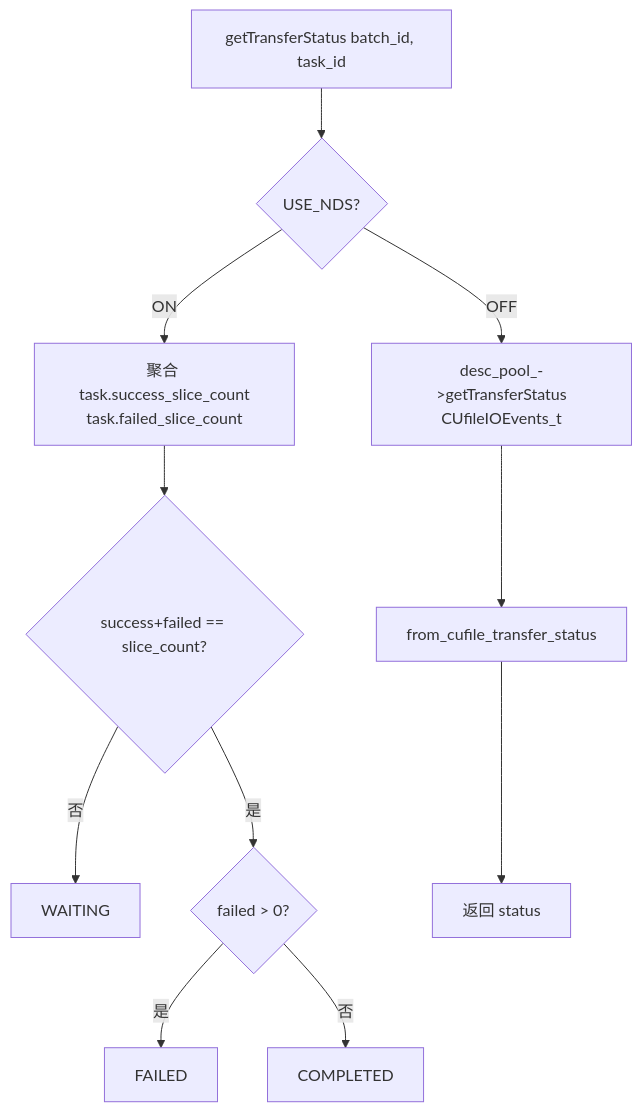
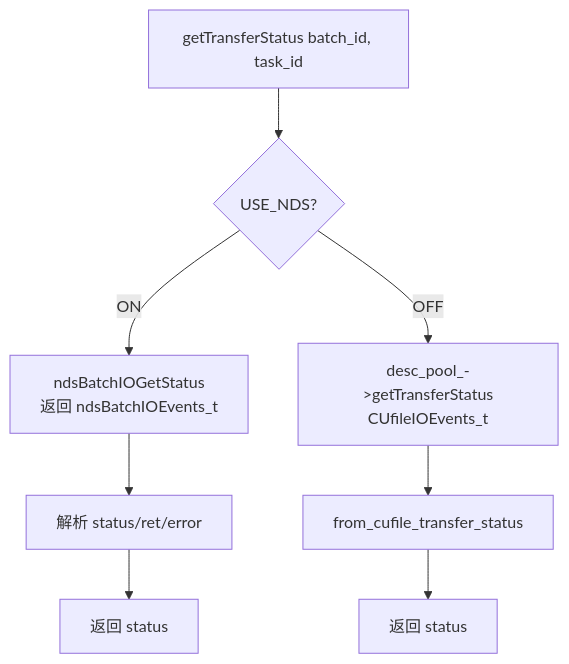
One commit to yz53665/Mooncake changed the seventh of 17 diagrams in docs/rfc-nds-nvmeof-transport-cn.md. Above: the diagram before and after it, drawn with Mermaid. The commit also changed other lines of this file, not shown here.

````diff
--- a/docs/rfc-nds-nvmeof-transport-cn.md
+++ b/docs/rfc-nds-nvmeof-transport-cn.md
@@ -297,13 +313,10 @@
 ```mermaid
 flowchart TD
     Q[getTransferStatus batch_id, task_id] --> CT{USE_NDS?}
-    CT -->|ON| AGG[聚合 task.success_slice_count<br/>task.failed_slice_count]
-    AGG --> J1{success+failed == slice_count?}
-    J1 -->|否| W[WAITING]
-    J1 -->|是| J2{failed > 0?}
-    J2 -->|是| F[FAILED]
-    J2 -->|否| C[COMPLETED]
+    CT -->|ON| NDSGET[ndsBatchIOGetStatus<br/>返回 ndsBatchIOEvents_t]
+    NDSGET --> MAP[解析 status/ret/error]
+    MAP --> OUT[返回 status]
     CT -->|OFF| EV[desc_pool_->getTransferStatus<br/>CUfileIOEvents_t]
-    EV --> MAP[from_cufile_transfer_status]
-    MAP --> OUT[返回 status]
+    EV --> MAP2[from_cufile_transfer_status]
+    MAP2 --> OUT2[返回 status]
 ```
````
